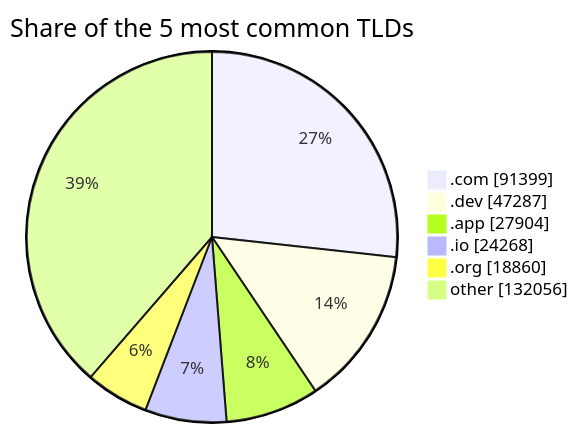
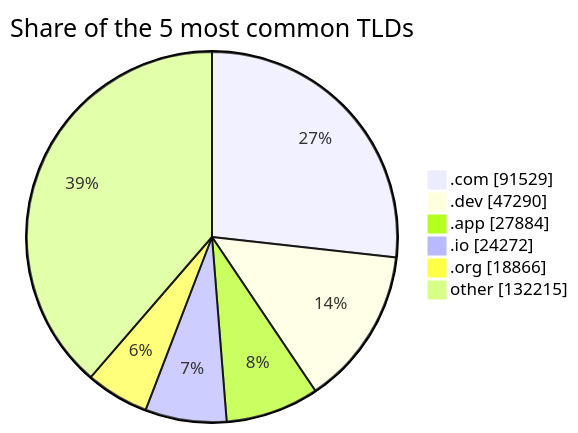
Before and after one commit to DNSBunker/CTI: the third of 3 diagrams in README.md, drawn with Mermaid. The commit also changed other lines of this file and 3 other files, not shown here.

````diff
--- a/README.md
+++ b/README.md
@@ -81,9 +81,9 @@
 ```mermaid
 pie showData title Share of the 5 most common TLDs
-    ".com" : 91399
-    ".dev" : 47287
-    ".app" : 27904
-    ".io" : 24268
-    ".org" : 18860
-    "other" : 132056
+    ".com" : 91529
+    ".dev" : 47290
+    ".app" : 27884
+    ".io" : 24272
+    ".org" : 18866
+    "other" : 132215
 ```
````
